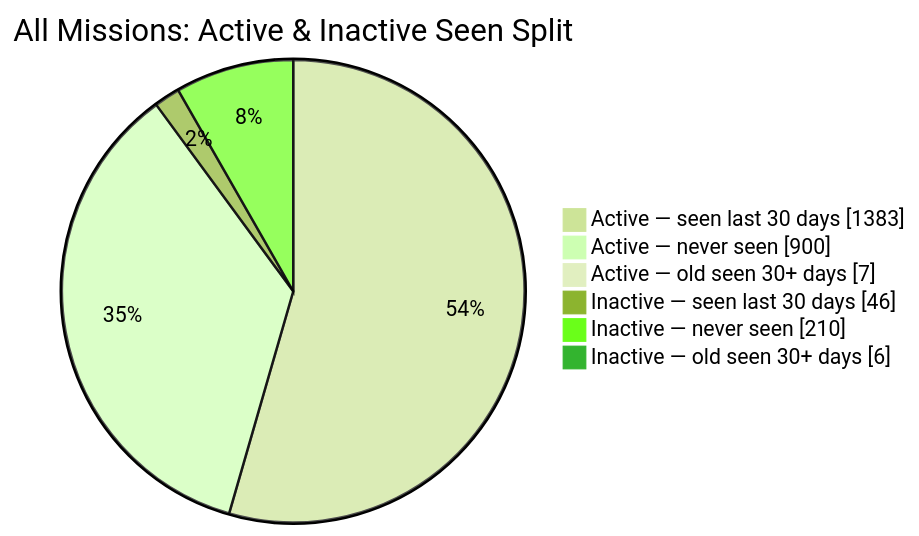
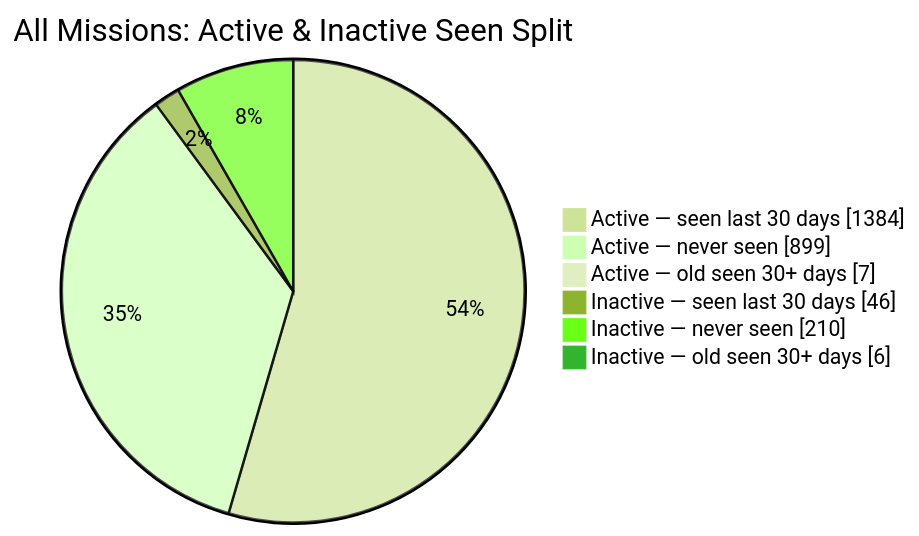
Before and after one commit to MeldkamerspelGameTeam/active-missions: the second of 2 diagrams in README.md, drawn with Mermaid (forest theme). The commit also changed other lines of this file and 3 other files, not shown here.

````diff
--- a/README.md
+++ b/README.md
@@ -44,10 +44,10 @@
 ```mermaid
 pie showData
     title All Missions: Active & Inactive Seen Split
-    "Active — seen last 30 days" : 1383
-    "Active — never seen" : 900
+    "Active — seen last 30 days" : 1384
+    "Active — never seen" : 899
     "Active — old seen 30+ days" : 7
     "Inactive — seen last 30 days" : 46
     "Inactive — never seen" : 210
     "Inactive — old seen 30+ days" : 6
 ```
````
